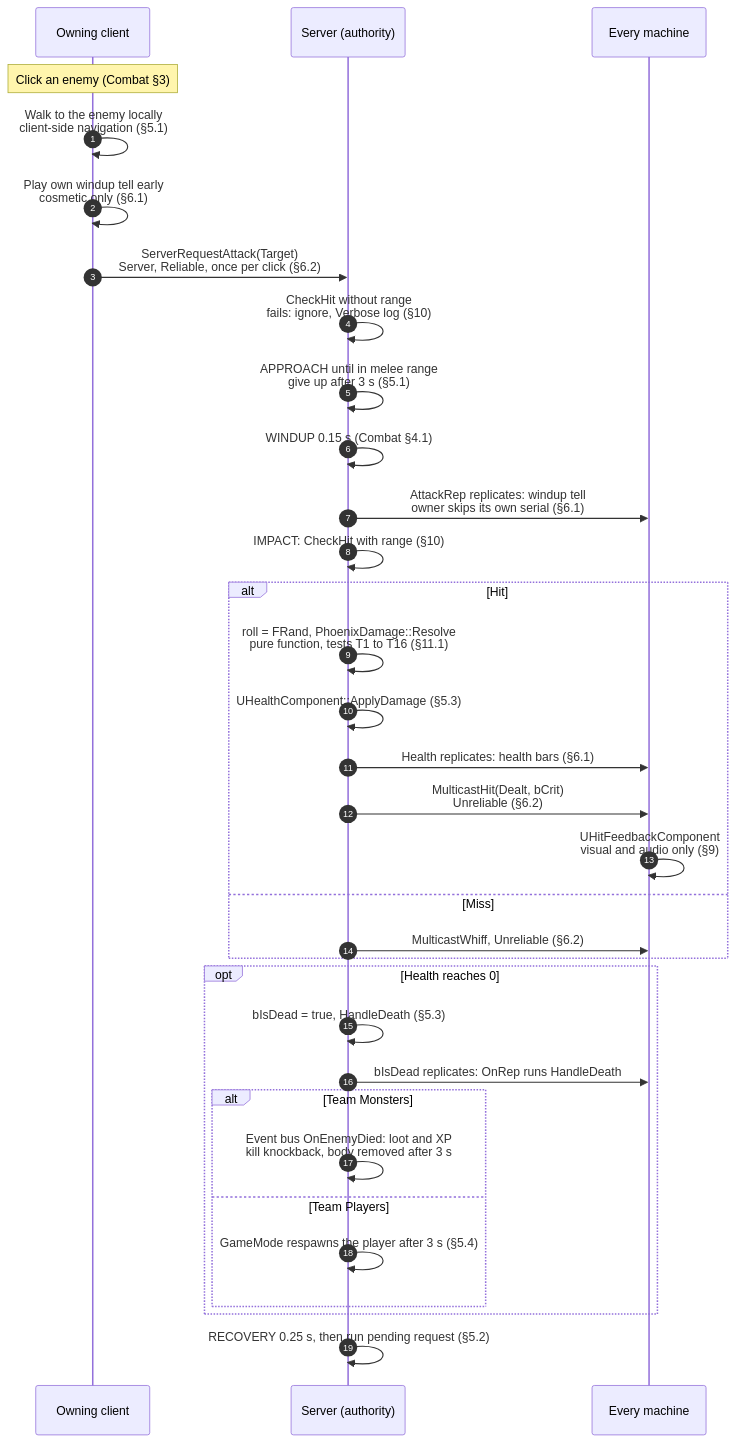
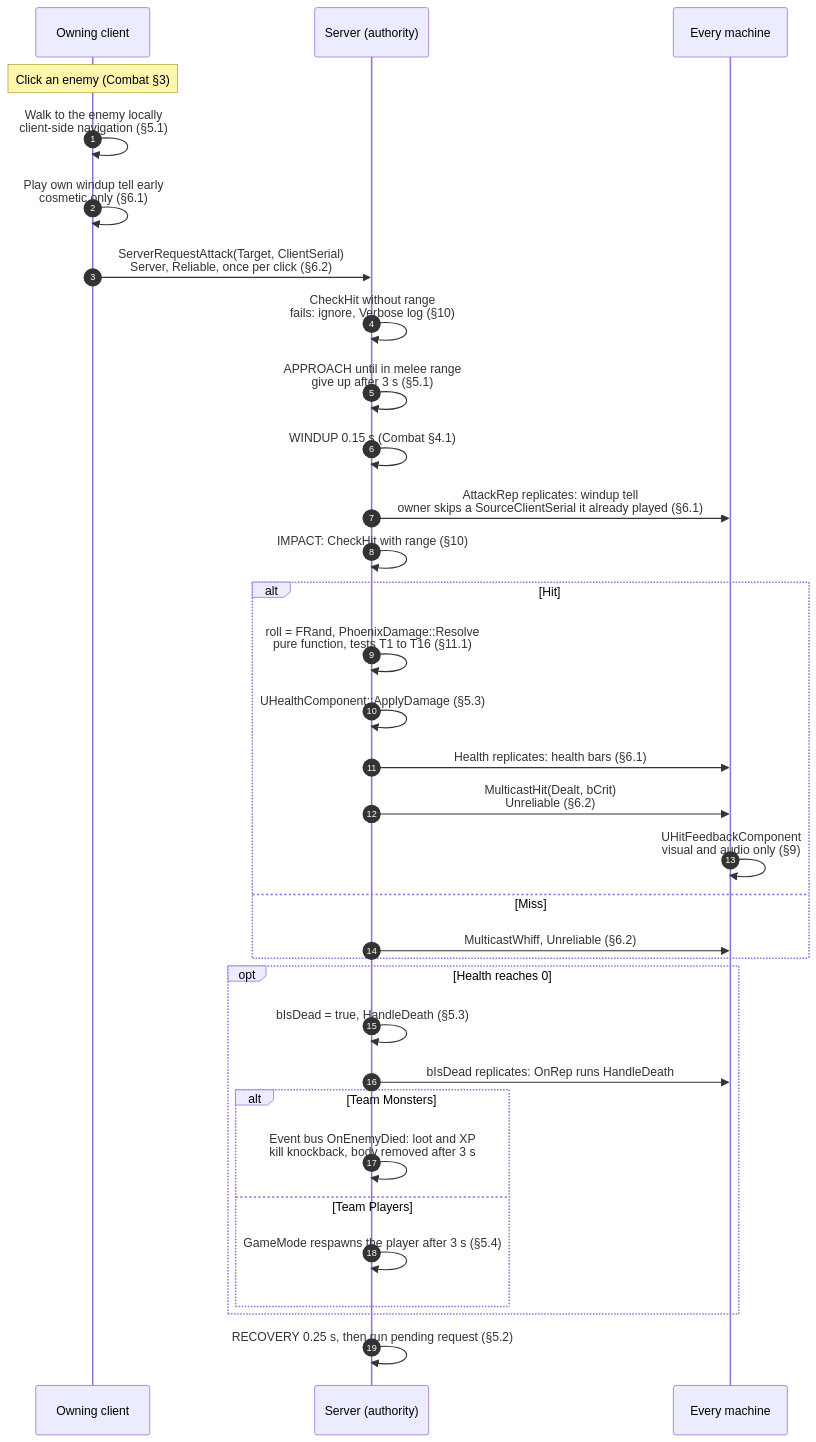
Before and after one commit to sjw2023/phoenix-vault: the first of 4 diagrams in 01-architecture/Combat-Tech.md, drawn with Mermaid. The commit also changed other lines of this file and 14 other files, not shown here.

First line of the commit message:
docs : Miro diagram links, co-op decision, memory sync

````diff
--- a/01-architecture/Combat-Tech.md
+++ b/01-architecture/Combat-Tech.md
@@ -46,35 +46,35 @@
 ```mermaid
 sequenceDiagram
   autonumber
   participant C as Owning client
   participant S as Server (authority)
   participant E as Every machine
   Note over C: Click an enemy (Combat §3)
   C->>C: Walk to the enemy locally<br/>client-side navigation (§5.1)
   C->>C: Play own windup tell early<br/>cosmetic only (§6.1)
-  C->>S: ServerRequestAttack(Target)<br/>Server, Reliable, once per click (§6.2)
+  C->>S: ServerRequestAttack(Target, ClientSerial)<br/>Server, Reliable, once per click (§6.2)
   S->>S: CheckHit without range<br/>fails: ignore, Verbose log (§10)
   S->>S: APPROACH until in melee range<br/>give up after 3 s (§5.1)
   S->>S: WINDUP 0.15 s (Combat §4.1)
-  S->>E: AttackRep replicates: windup tell<br/>owner skips its own serial (§6.1)
+  S->>E: AttackRep replicates: windup tell<br/>owner skips a SourceClientSerial it already played (§6.1)
   S->>S: IMPACT: CheckHit with range (§10)
   alt Hit
     S->>S: roll = FRand, PhoenixDamage::Resolve<br/>pure function, tests T1 to T16 (§11.1)
     S->>S: UHealthComponent::ApplyDamage (§5.3)
     S->>E: Health replicates: health bars (§6.1)
     S->>E: MulticastHit(Dealt, bCrit)<br/>Unreliable (§6.2)
     E->>E: UHitFeedbackComponent<br/>visual and audio only (§9)
   else Miss
     S->>E: MulticastWhiff, Unreliable (§6.2)
   end
   opt Health reaches 0
     S->>S: bIsDead = true, HandleDeath (§5.3)
     S->>E: bIsDead replicates: OnRep runs HandleDeath
     alt Team Monsters
       S->>S: Event bus OnEnemyDied: loot and XP<br/>kill knockback, body removed after 3 s
     else Team Players
       S->>S: GameMode respawns the player after 3 s (§5.4)
     end
   end
   S->>S: RECOVERY 0.25 s, then run pending request (§5.2)
 ```
````
